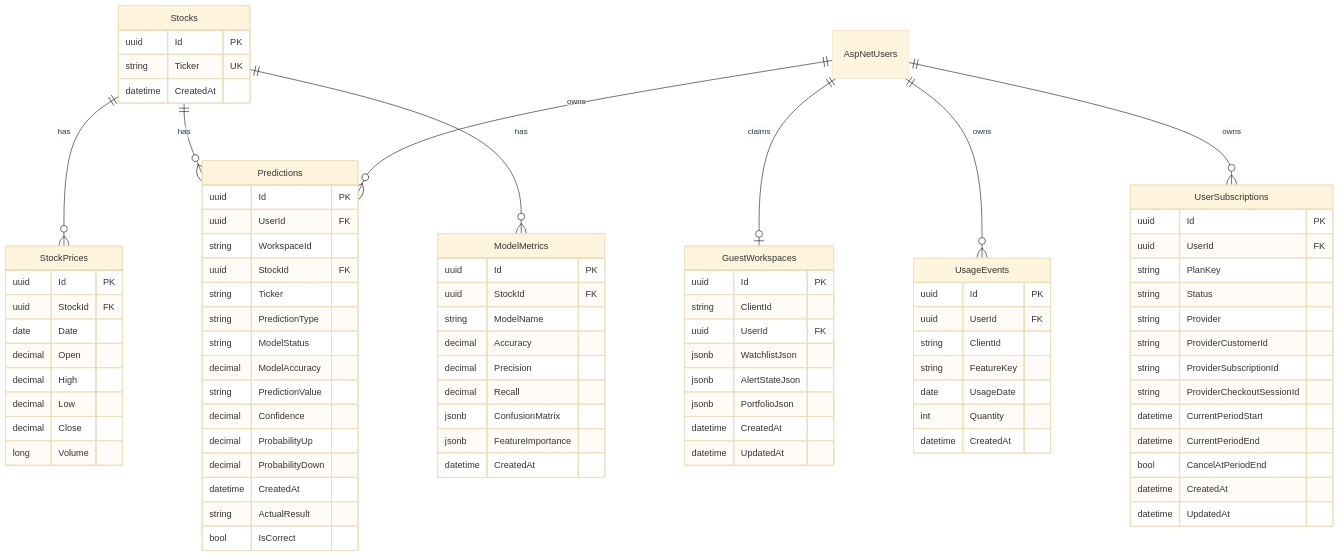
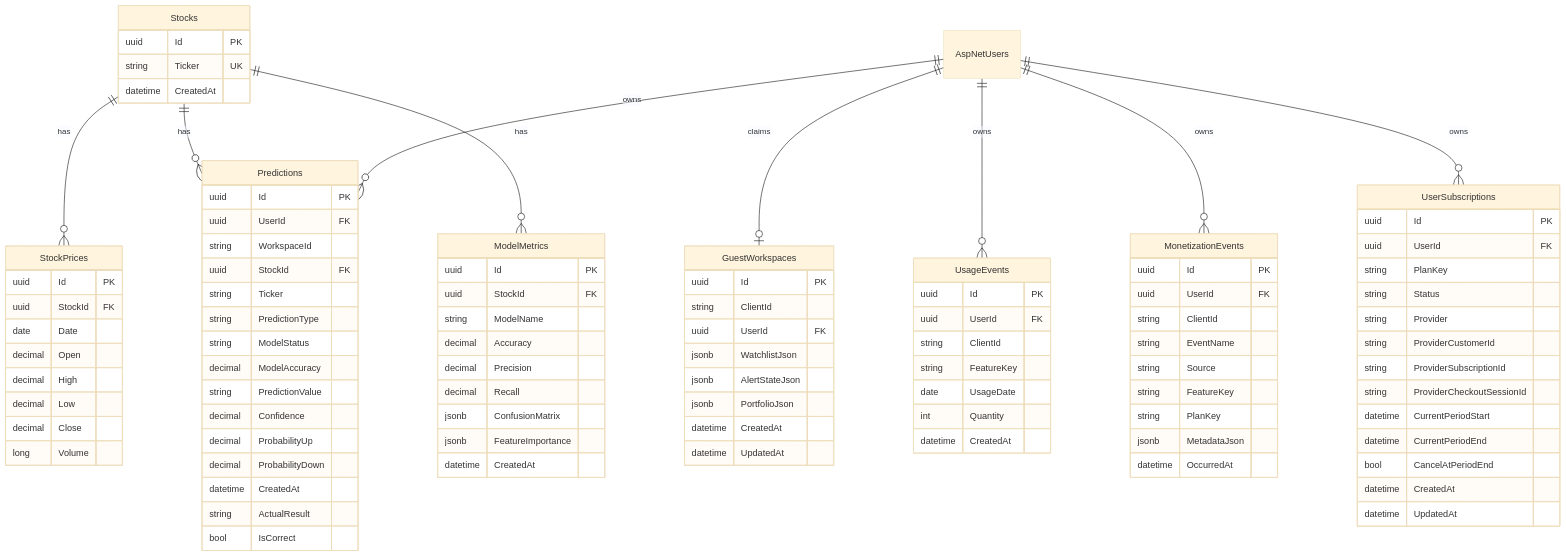
Before and after one commit to cbihari/StockAnalyzer: the diagram in docs/06_Database_Design.md, drawn with Mermaid (base theme). The commit also changed other lines of this file and 40 other files, not shown here.

```diff
--- a/docs/06_Database_Design.md
+++ b/docs/06_Database_Design.md
@@ -12,6 +12,7 @@
     AspNetUsers ||--o| GuestWorkspaces : claims
     AspNetUsers ||--o{ Predictions : owns
     AspNetUsers ||--o{ UsageEvents : owns
+    AspNetUsers ||--o{ MonetizationEvents : owns
     AspNetUsers ||--o{ UserSubscriptions : owns
 
     Stocks {
@@ -76,6 +77,17 @@
         int Quantity
         datetime CreatedAt
     }
+    MonetizationEvents {
+        uuid Id PK
+        uuid UserId FK
+        string ClientId
+        string EventName
+        string Source
+        string FeatureKey
+        string PlanKey
+        jsonb MetadataJson
+        datetime OccurredAt
+    }
     UserSubscriptions {
         uuid Id PK
         uuid UserId FK
```
